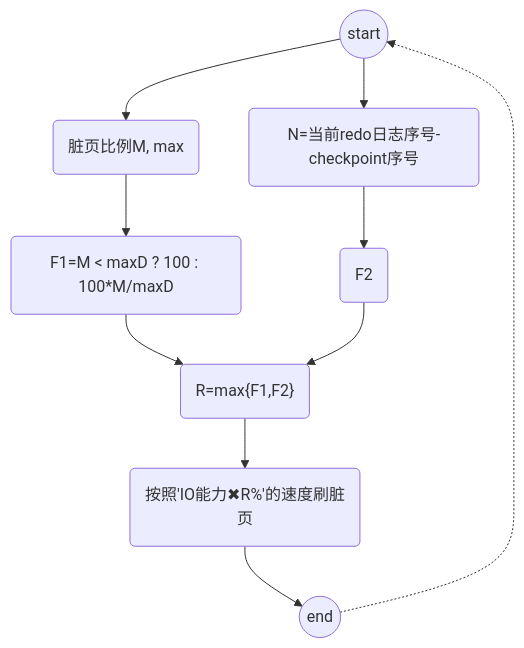
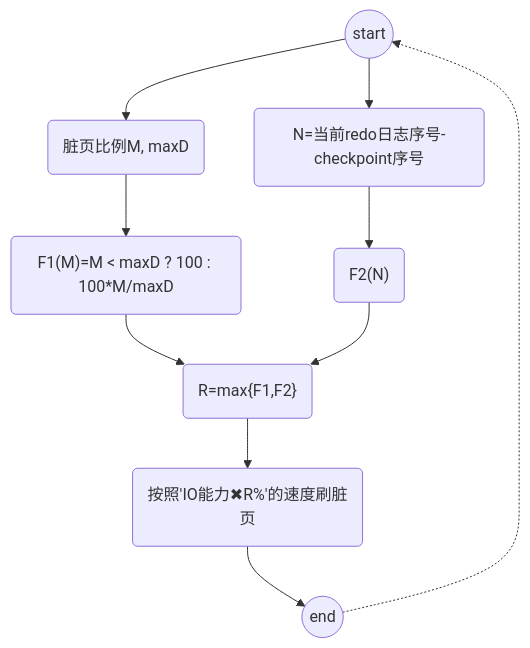
Before and after one commit to mjhmllover/mystudy: the third of 3 diagrams in mynote/MySQL实战45讲（丁奇）学习笔记.md, drawn with Mermaid. The commit also changed other lines of this file and 3 other files, not shown here.

````diff
--- a/mynote/MySQL实战45讲（丁奇）学习笔记.md
+++ b/mynote/MySQL实战45讲（丁奇）学习笔记.md
@@ -695,12 +699,12 @@
   ```mermaid
   graph TD
-  	A((start)) --> B(脏页比例M, max)
+  	A((start)) --> B(脏页比例M, maxD)
   	A --> C(N=当前redo日志序号-checkpoint序号)
-  	B --> D("F1=M < maxD ? 100 : 100*M/maxD")
-  	C --> E(F2)
+  	B --> D("F1(M)=M < maxD ? 100 : 100*M/maxD")
+  	C --> E("F2(N)")
   	D --> F("R=max{F1,F2}")
   	E --> F
   	F --> G("按照'IO能力✖R%'的速度刷脏页")
   	G --> H((end))
   	H -.-> A
   ```
````
